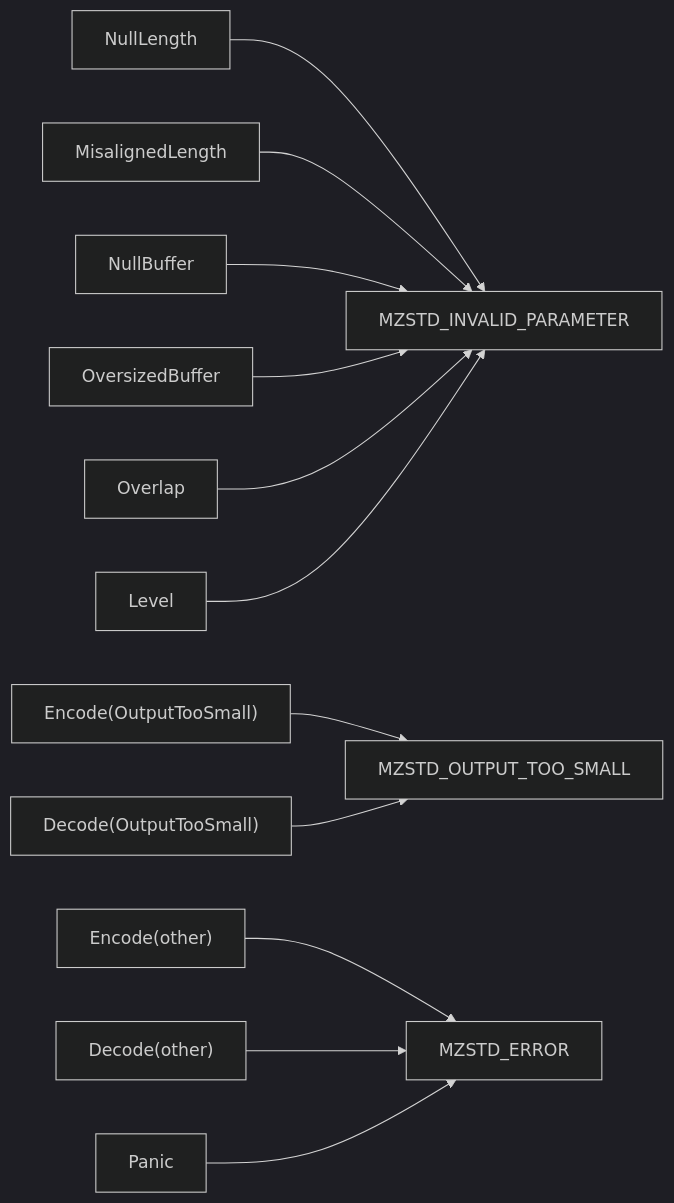
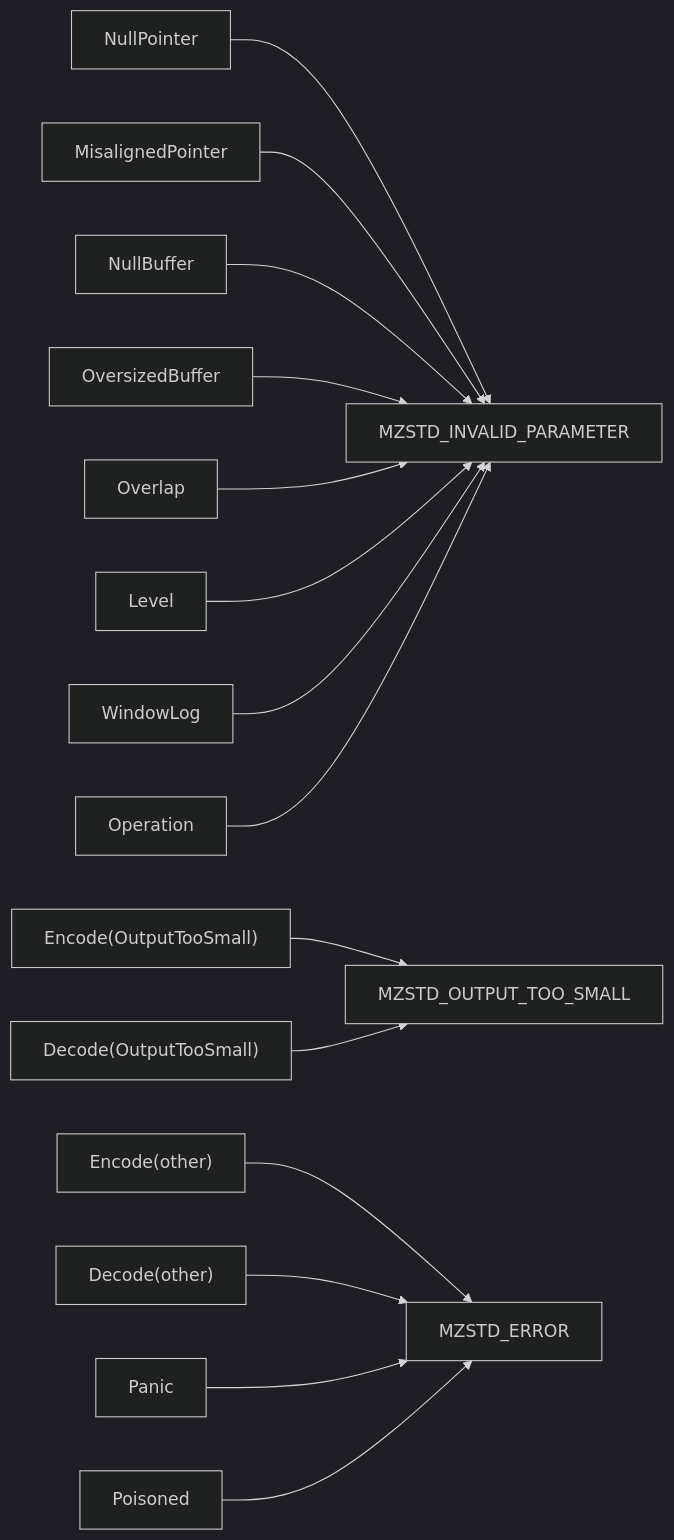
The sixth of 6 diagrams in architecture/c-abi.md (M-Compressors/mzstd), drawn with Mermaid (dark theme) before and after one commit. The commit also changed other lines of this file and 369 other files, not shown here.

````diff
--- a/architecture/c-abi.md
+++ b/architecture/c-abi.md
@@ -46,14 +152,17 @@
 ```mermaid
 flowchart LR
-    NL[NullLength] --> IP[MZSTD_INVALID_PARAMETER]
-    ML[MisalignedLength] --> IP
+    NL[NullPointer] --> IP[MZSTD_INVALID_PARAMETER]
+    ML[MisalignedPointer] --> IP
     NB[NullBuffer] --> IP
     OB[OversizedBuffer] --> IP
     OV[Overlap] --> IP
     LV[Level] --> IP
+    WL[WindowLog] --> IP
+    OP[Operation] --> IP
     ETS["Encode(OutputTooSmall)"] --> OTS[MZSTD_OUTPUT_TOO_SMALL]
     DTS["Decode(OutputTooSmall)"] --> OTS
     EO["Encode(other)"] --> ER[MZSTD_ERROR]
     DO["Decode(other)"] --> ER
     P[Panic] --> ER
+    PO[Poisoned] --> ER
 ```
````
